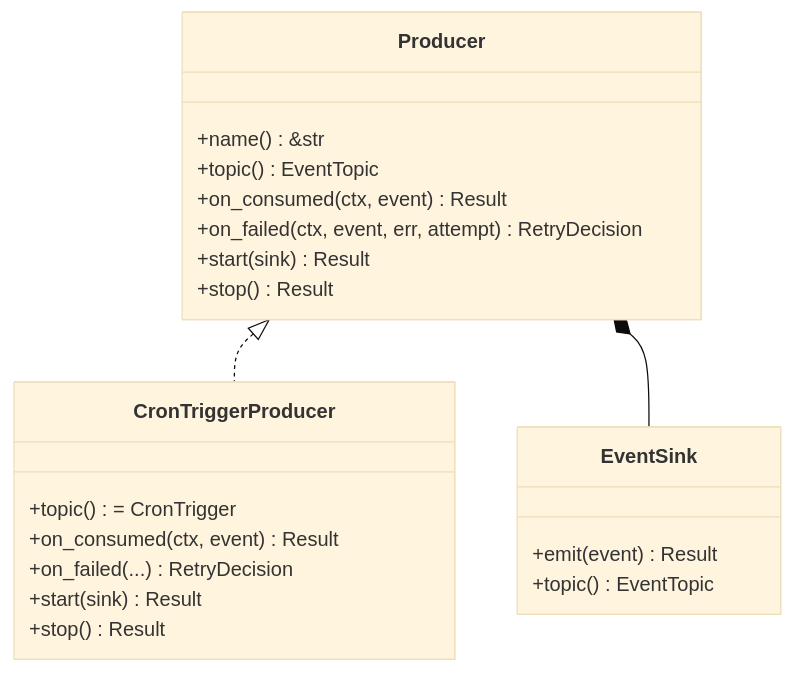
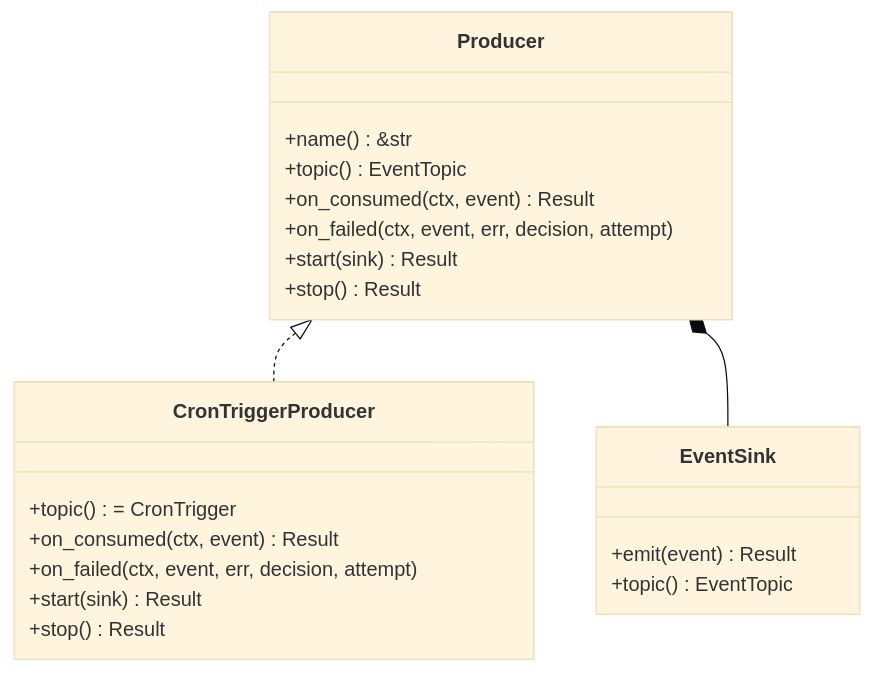
One commit to runningcoders/ai_orz changed the third of 7 diagrams in docs/wiki/zh/content/基础设施/AOP 事件系统/AOP 核心架构/生产者消费者模式.md. Above: the diagram before and after it, drawn with Mermaid (base theme). The commit also changed other lines of this file and 28 other files, not shown here.

````diff
--- a/docs/wiki/zh/content/基础设施/AOP 事件系统/AOP 核心架构/生产者消费者模式.md
+++ b/docs/wiki/zh/content/基础设施/AOP 事件系统/AOP 核心架构/生产者消费者模式.md
@@ -156,24 +156,24 @@
 ```mermaid
 classDiagram
 class Producer {
 +name() &str
 +topic() EventTopic
 +on_consumed(ctx, event) Result
-+on_failed(ctx, event, err, attempt) RetryDecision
++on_failed(ctx, event, err, decision, attempt)
 +start(sink) Result
 +stop() Result
 }
 class EventSink {
 +emit(event) Result
 +topic() EventTopic
 }
 class CronTriggerProducer {
 +topic() = CronTrigger
 +on_consumed(ctx, event) Result
-+on_failed(...) RetryDecision
++on_failed(ctx, event, err, decision, attempt)
 +start(sink) Result
 +stop() Result
 }
 Producer <|.. CronTriggerProducer
 Producer *-- EventSink
 ```
````
